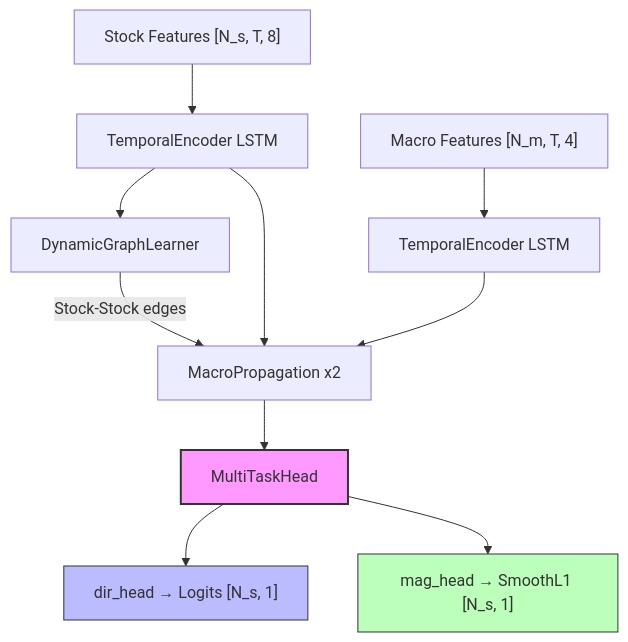
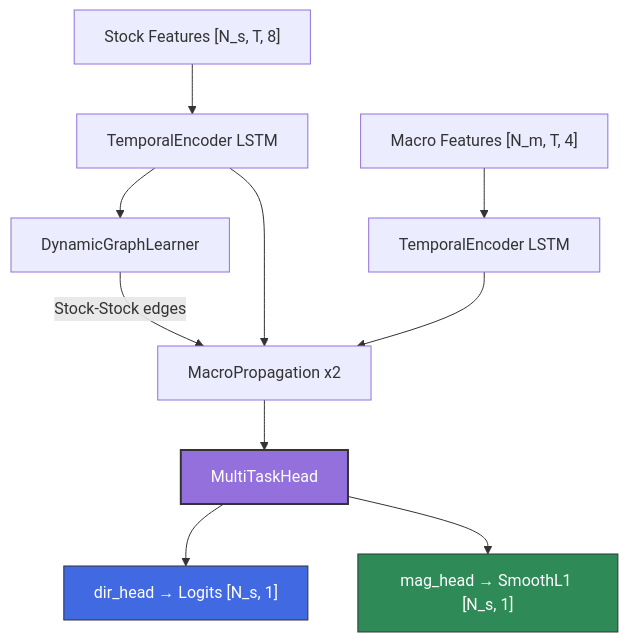
Before and after one commit to KishanYern/DGRCL_Strategy: the diagram in README.md, drawn with Mermaid.

Commit message:
docs: improve mermaid diagram color contrast

````diff
--- a/README.md
+++ b/README.md
@@ -36,16 +36,16 @@
 ```mermaid
 graph TD
     A["Stock Features [N_s, T, 8]"] --> B[TemporalEncoder LSTM]
     C["Macro Features [N_m, T, 4]"] --> D[TemporalEncoder LSTM]
     B --> E[DynamicGraphLearner]
     B --> F[MacroPropagation x2]
     D --> F
     E -->|"Stock-Stock edges"| F
     F --> G["MultiTaskHead"]
     G --> H["dir_head → Logits [N_s, 1]"]
     G --> I["mag_head → SmoothL1 [N_s, 1]"]
 
-    style G fill:#f9f,stroke:#333,stroke-width:2px
-    style H fill:#bbf,stroke:#333
-    style I fill:#bfb,stroke:#333
+    style G fill:#9370db,stroke:#333,stroke-width:2px,color:#fff
+    style H fill:#4169e1,stroke:#333,color:#fff
+    style I fill:#2e8b57,stroke:#333,color:#fff
 ```
````
